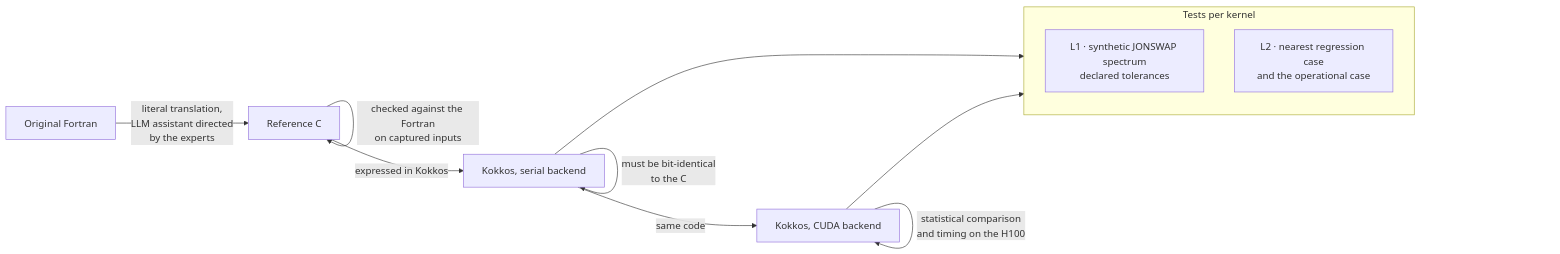
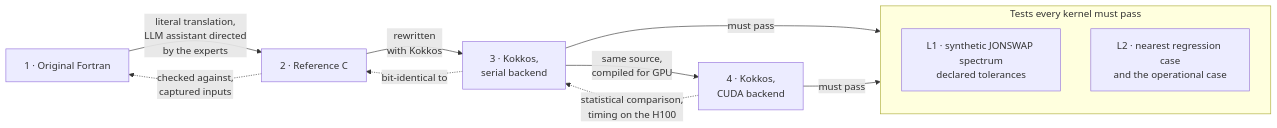
Before and after one commit to h0ffmann/ww3-gpu: the first of 4 diagrams in course/13-bulk-porting-with-agents.md, drawn with Mermaid. The commit also changed other lines of this file and 15 other files, not shown here.

First line of the commit message:
figures: clearer diagrams and explanations always visible

````diff
--- a/course/13-bulk-porting-with-agents.md
+++ b/course/13-bulk-porting-with-agents.md
@@ -20,17 +20,17 @@
 ```mermaid
 %% figure: porting-validation-ladder
 %% title: How is each translated version of a kernel checked against the one before it?
 flowchart LR
-    A[Original Fortran] -- literal translation,<br/>LLM assistant directed<br/>by the experts --> B[Reference C]
-    B -- checked against the Fortran<br/>on captured inputs --> B
-    B -- expressed in Kokkos --> C[Kokkos, serial backend]
-    C -- must be bit-identical<br/>to the C --> C
-    C -- same code --> D[Kokkos, CUDA backend]
-    D -- statistical comparison<br/>and timing on the H100 --> D
-    subgraph T[Tests per kernel]
+    A[1 · Original Fortran] -- literal translation,<br/>LLM assistant directed<br/>by the experts --> B[2 · Reference C]
+    B -- rewritten<br/>with Kokkos --> C[3 · Kokkos,<br/>serial backend]
+    C -- same source,<br/>compiled for GPU --> D[4 · Kokkos,<br/>CUDA backend]
+    B -. checked against,<br/>captured inputs .-> A
+    C -. bit-identical to .-> B
+    D -. statistical comparison,<br/>timing on the H100 .-> C
+    subgraph T[Tests every kernel must pass]
         L1[L1 · synthetic JONSWAP spectrum<br/>declared tolerances]
         L2[L2 · nearest regression case<br/>and the operational case]
     end
-    C --> T
-    D --> T
+    C -- must pass --> T
+    D -- must pass --> T
 ```
````
